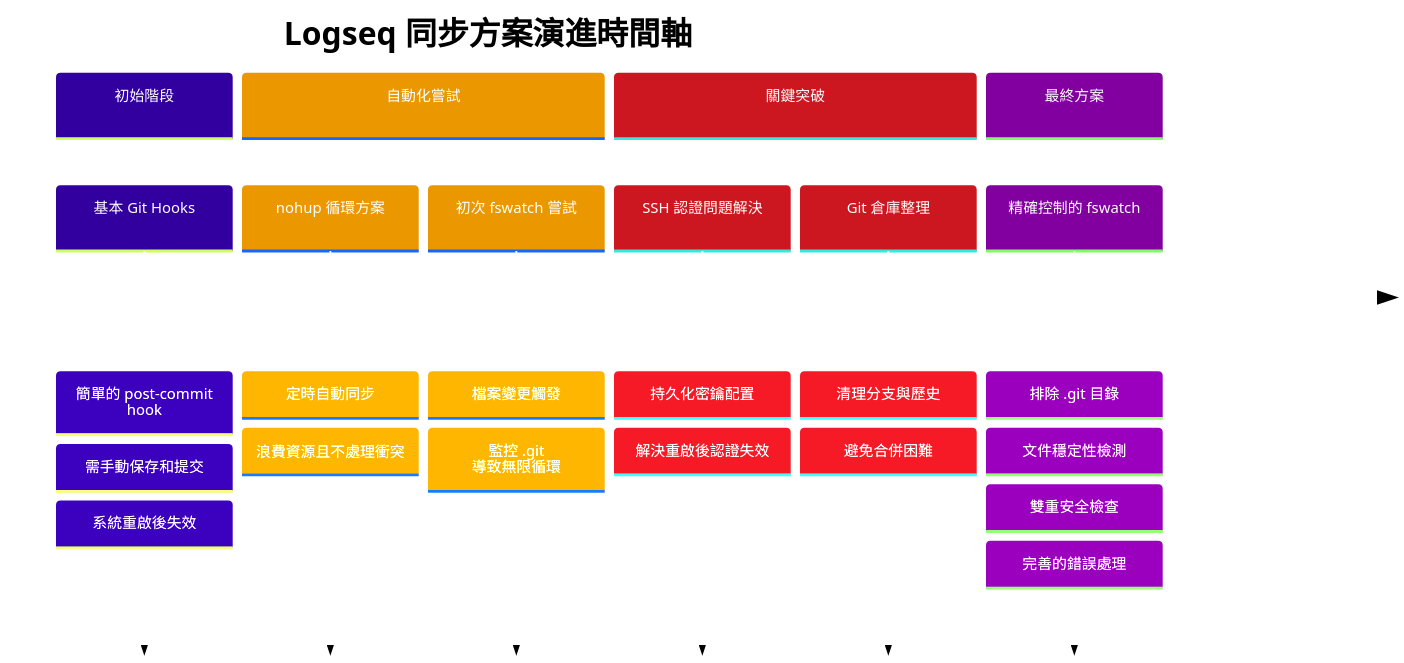
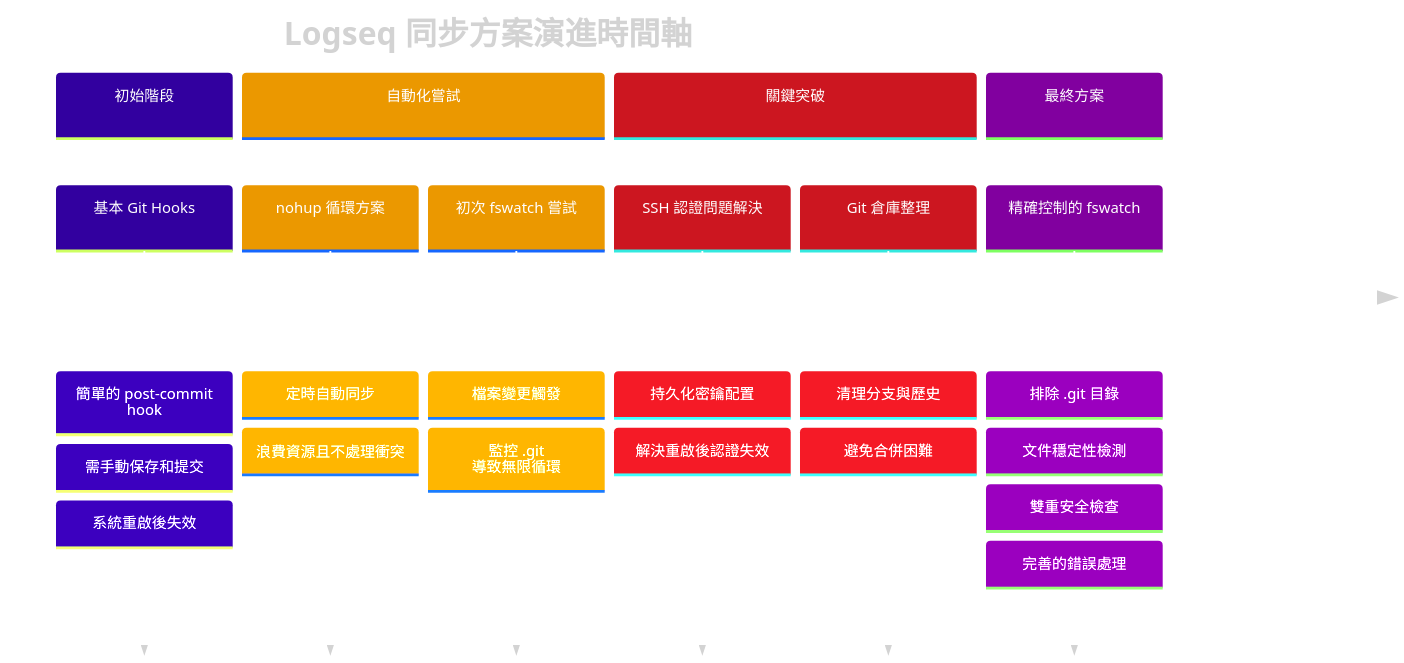
One commit to GengGeng026/Sync-Logseq changed the first of 2 diagrams in Logseq同步方案演進記錄.md. Above: the diagram before and after it, drawn with Mermaid.

Commit message:
Auto saved by Logseq

````diff
--- a/Logseq同步方案演進記錄.md
+++ b/Logseq同步方案演進記錄.md
@@ -24,41 +24,41 @@
 ```mermaid
 %%{init: {
   'theme': 'base', 
   'themeVariables': {
     'primaryColor': '#651FFF',
     'primaryTextColor': '#FFFFFF',
     'primaryBorderColor': '#59B79A',
     'lineColor': '#C792EA',
     'secondaryColor': '#FFCB6B',
     'tertiaryColor': '#F07178',
     'background': 'transparent',
-    'textColor': '',
+    'textColor': 'lightgrey',
     'mainBkg': '#273747',
     'nodeBorder': '#59B79A',
     'clusterBkg': 'transparent',
     'edgeLabelBackground': '#21252B'
   }
 }}%%
 
 timeline
     title Logseq 同步方案演進時間軸
     section 初始階段
         基本 Git Hooks : 簡單的 post-commit hook
         : 需手動保存和提交
         : 系統重啟後失效
     section 自動化嘗試
         nohup 循環方案 : 定時自動同步
         : 浪費資源且不處理衝突
         初次 fswatch 嘗試 : 檔案變更觸發
         : 監控 .git 導致無限循環
     section 關鍵突破
         SSH 認證問題解決 : 持久化密鑰配置
         : 解決重啟後認證失效
         Git 倉庫整理 : 清理分支與歷史
         : 避免合併困難
     section 最終方案
         精確控制的 fswatch : 排除 .git 目錄
         : 文件穩定性檢測
         : 雙重安全檢查
         : 完善的錯誤處理
 ```
````
